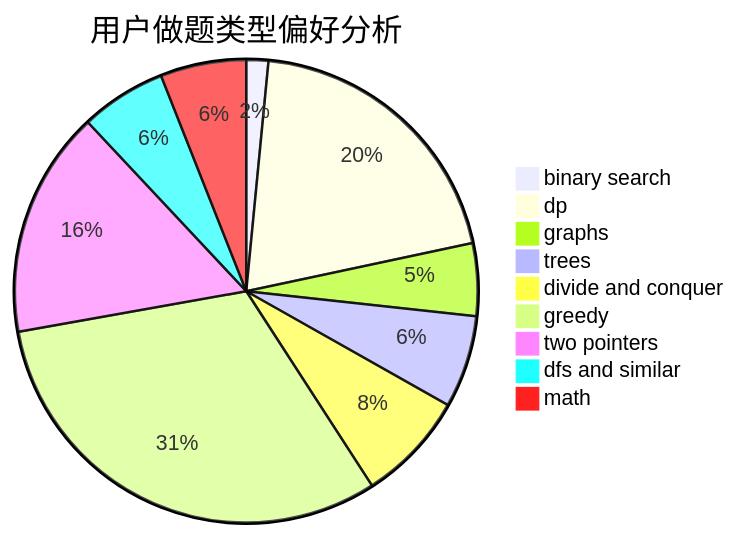
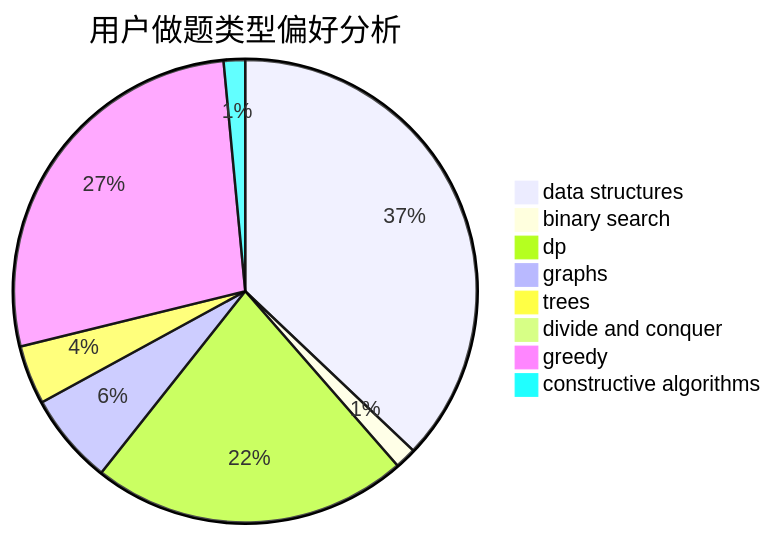
Before and after one commit to sherpahu/cfrs.github.io: the second of 3 diagrams in docs/user/u1573.md, drawn with Mermaid. The commit also changed other lines of this file and 2775 other files, not shown here.

````diff
--- a/docs/user/u1573.md
+++ b/docs/user/u1573.md
@@ -23,12 +23,11 @@
 ```mermaid
 pie title 用户做题类型偏好分析
-    "binary search" :  10
-    "dp" :  131
-    "graphs" :  33
-    "trees" :  42
-    "divide and conquer" :  50
-    "greedy" :  204
-    "two pointers" :  103
-    "dfs and similar" :  39
-    "math" :  39
+    "data structures" :  99
+    "binary search" :  4
+    "dp" :  59
+    "graphs" :  17
+    "trees" :  11
+    "divide and conquer" :  0
+    "greedy" :  73
+    "constructive algorithms" :  4
 ```
````
